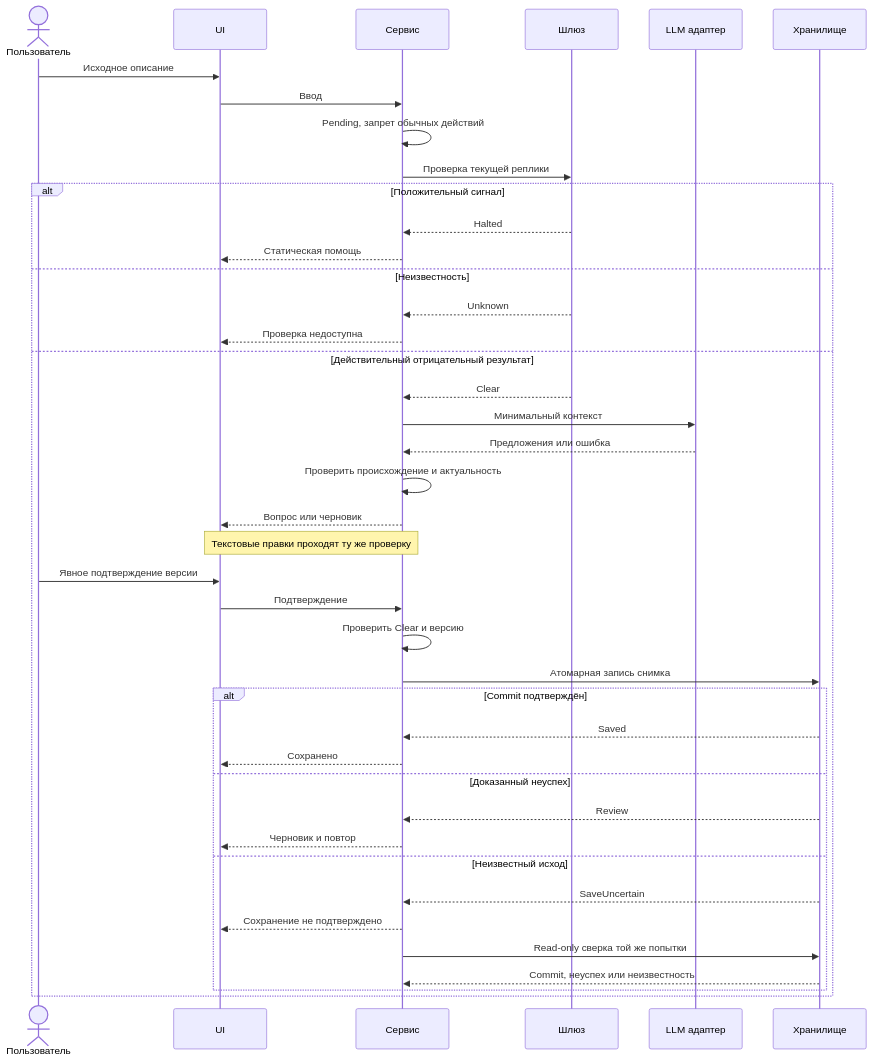
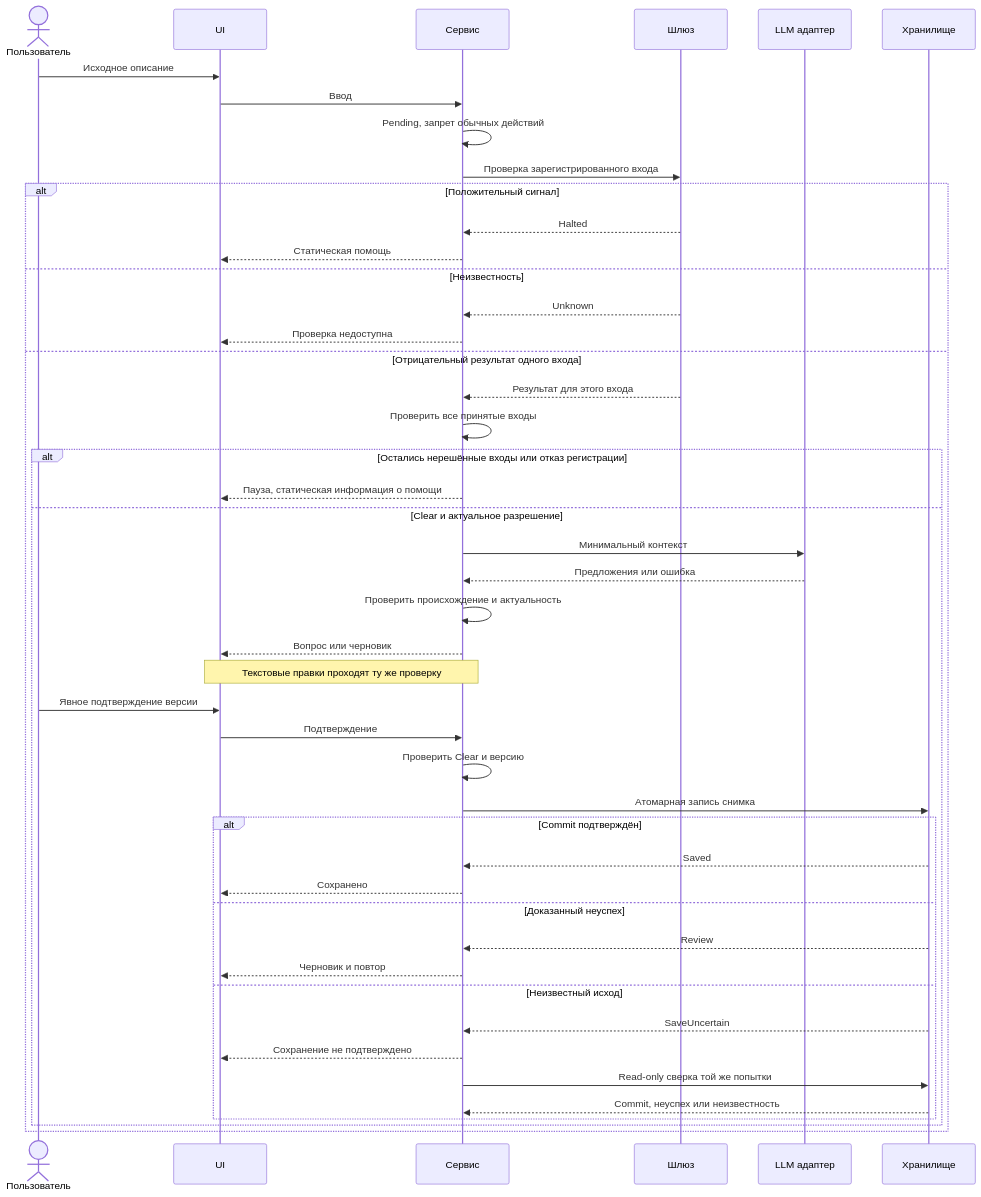
The third of 3 diagrams in docs/architecture/architecture-overview.md (uralmetal/cbt-therapy-assistent), drawn with Mermaid before and after one commit. The commit also changed other lines of this file and 8 other files, not shown here.

Commit message:
docs(architecture): close repeated safety input gap ARCH-R-005

````diff
--- a/docs/architecture/architecture-overview.md
+++ b/docs/architecture/architecture-overview.md
@@ -77,43 +79,48 @@
 ```mermaid
 sequenceDiagram
   actor U as Пользователь
   participant I as UI
   participant S as Сервис
   participant G as Шлюз
   participant L as LLM адаптер
   participant R as Хранилище
   U->>I: Исходное описание
   I->>S: Ввод
   S->>S: Pending, запрет обычных действий
-  S->>G: Проверка текущей реплики
+  S->>G: Проверка зарегистрированного входа
   alt Положительный сигнал
     G-->>S: Halted
     S-->>I: Статическая помощь
   else Неизвестность
     G-->>S: Unknown
     S-->>I: Проверка недоступна
-  else Действительный отрицательный результат
-    G-->>S: Clear
-    S->>L: Минимальный контекст
-    L-->>S: Предложения или ошибка
-    S->>S: Проверить происхождение и актуальность
-    S-->>I: Вопрос или черновик
-    Note over I,S: Текстовые правки проходят ту же проверку
-    U->>I: Явное подтверждение версии
-    I->>S: Подтверждение
-    S->>S: Проверить Clear и версию
-    S->>R: Атомарная запись снимка
-    alt Commit подтверждён
-      R-->>S: Saved
-      S-->>I: Сохранено
-    else Доказанный неуспех
-      R-->>S: Review
-      S-->>I: Черновик и повтор
-    else Неизвестный исход
-      R-->>S: SaveUncertain
-      S-->>I: Сохранение не подтверждено
-      S->>R: Read-only сверка той же попытки
-      R-->>S: Commit, неуспех или неизвестность
+  else Отрицательный результат одного входа
+    G-->>S: Результат для этого входа
+    S->>S: Проверить все принятые входы
+    alt Остались нерешённые входы или отказ регистрации
+      S-->>I: Пауза, статическая информация о помощи
+    else Clear и актуальное разрешение
+      S->>L: Минимальный контекст
+      L-->>S: Предложения или ошибка
+      S->>S: Проверить происхождение и актуальность
+      S-->>I: Вопрос или черновик
+      Note over I,S: Текстовые правки проходят ту же проверку
+      U->>I: Явное подтверждение версии
+      I->>S: Подтверждение
+      S->>S: Проверить Clear и версию
+      S->>R: Атомарная запись снимка
+      alt Commit подтверждён
+        R-->>S: Saved
+        S-->>I: Сохранено
+      else Доказанный неуспех
+        R-->>S: Review
+        S-->>I: Черновик и повтор
+      else Неизвестный исход
+        R-->>S: SaveUncertain
+        S-->>I: Сохранение не подтверждено
+        S->>R: Read-only сверка той же попытки
+        R-->>S: Commit, неуспех или неизвестность
+      end
     end
   end
 ```
````
